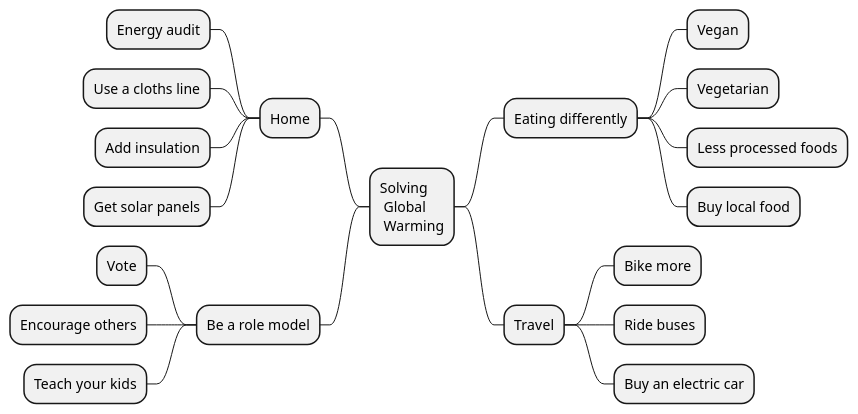
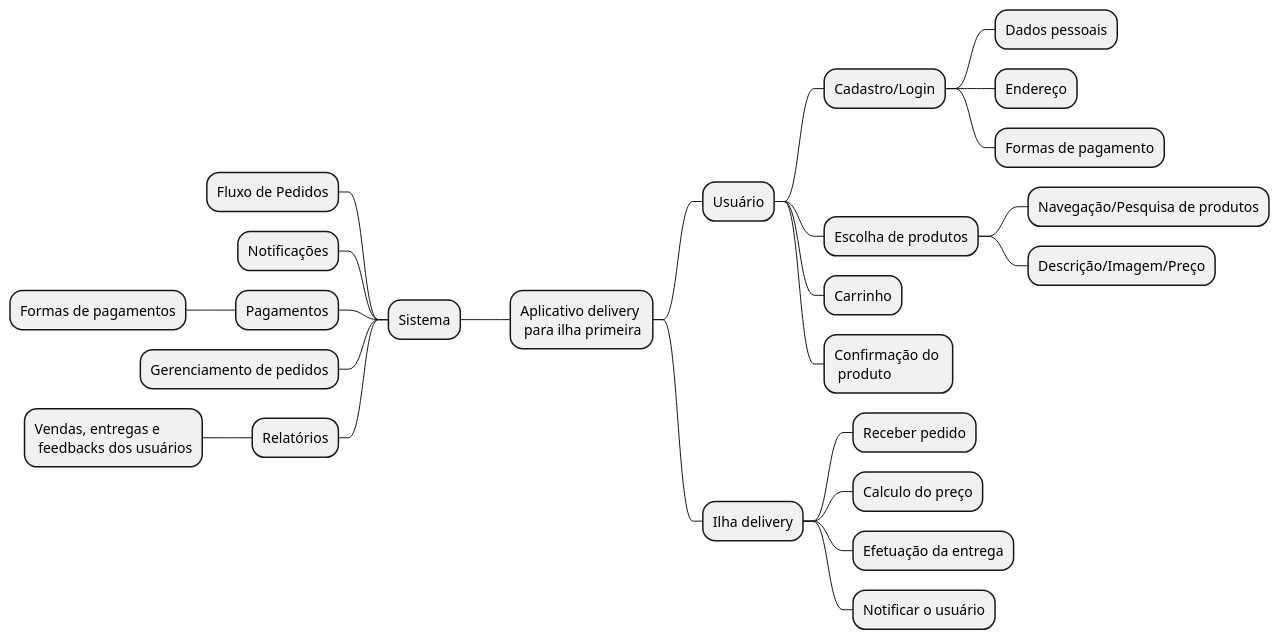
The diagram in docs/base/mapa_mental.md (Projetos-de-Extensao/PBE_25.1_8001_VI), drawn with PlantUML before and after one commit. The commit also changed other lines of this file, not shown here.

Commit message:
Mapa mental

````diff
--- a/docs/base/mapa_mental.md
+++ b/docs/base/mapa_mental.md
@@ -23,31 +23,34 @@
 ```puml
 @startmindmap
 
-'Compatible with OrgMode 
+* Aplicativo delivery \n para ilha primeira
 
-* Solving \n Global \n Warming
-
-** Eating differently
-*** Vegan
-*** Vegetarian
-*** Less processed foods
-*** Buy local food
-** Travel
-*** Bike more
-*** Ride buses
-*** Buy an electric car
+** Usuário
+*** Cadastro/Login
+**** Dados pessoais
+**** Endereço
+**** Formas de pagamento
+*** Escolha de produtos
+**** Navegação/Pesquisa de produtos
+**** Descrição/Imagem/Preço
+*** Carrinho
+*** Confirmação do \n produto
+** Ilha delivery
+*** Receber pedido
+*** Calculo do preço
+*** Efetuação da entrega
+*** Notificar o usuário
 
 left side
 
-** Home
-*** Energy audit
-*** Use a cloths line
-*** Add insulation
-*** Get solar panels
-** Be a role model
-*** Vote
-*** Encourage others
-*** Teach your kids
+** Sistema
+*** Fluxo de Pedidos
+*** Notificações
+*** Pagamentos
+**** Formas de pagamentos
+*** Gerenciamento de pedidos
+*** Relatórios
+**** Vendas, entregas e \n feedbacks dos usuários
 
 @endmindmap
 ```
````
